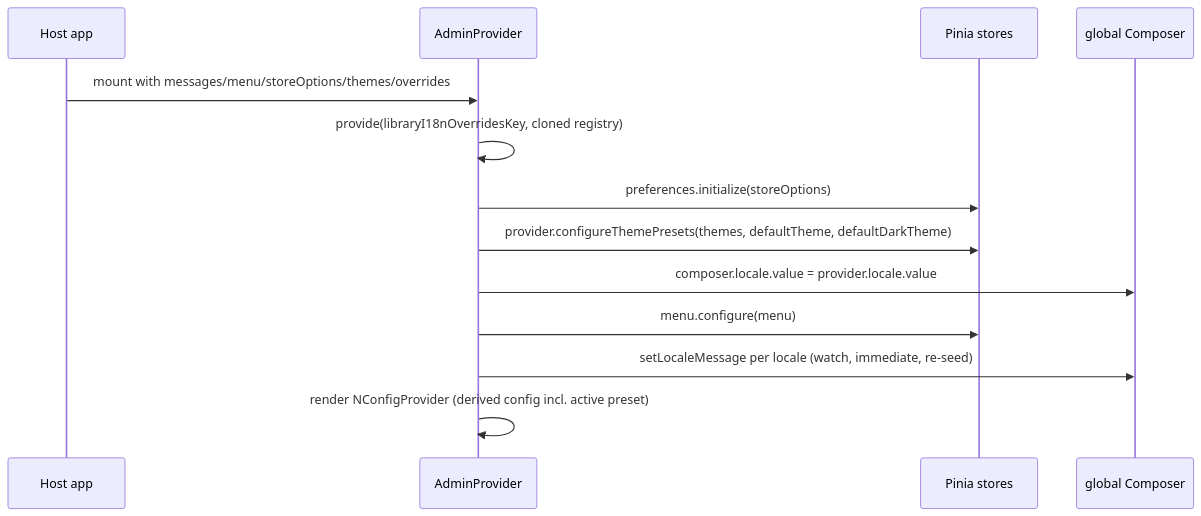
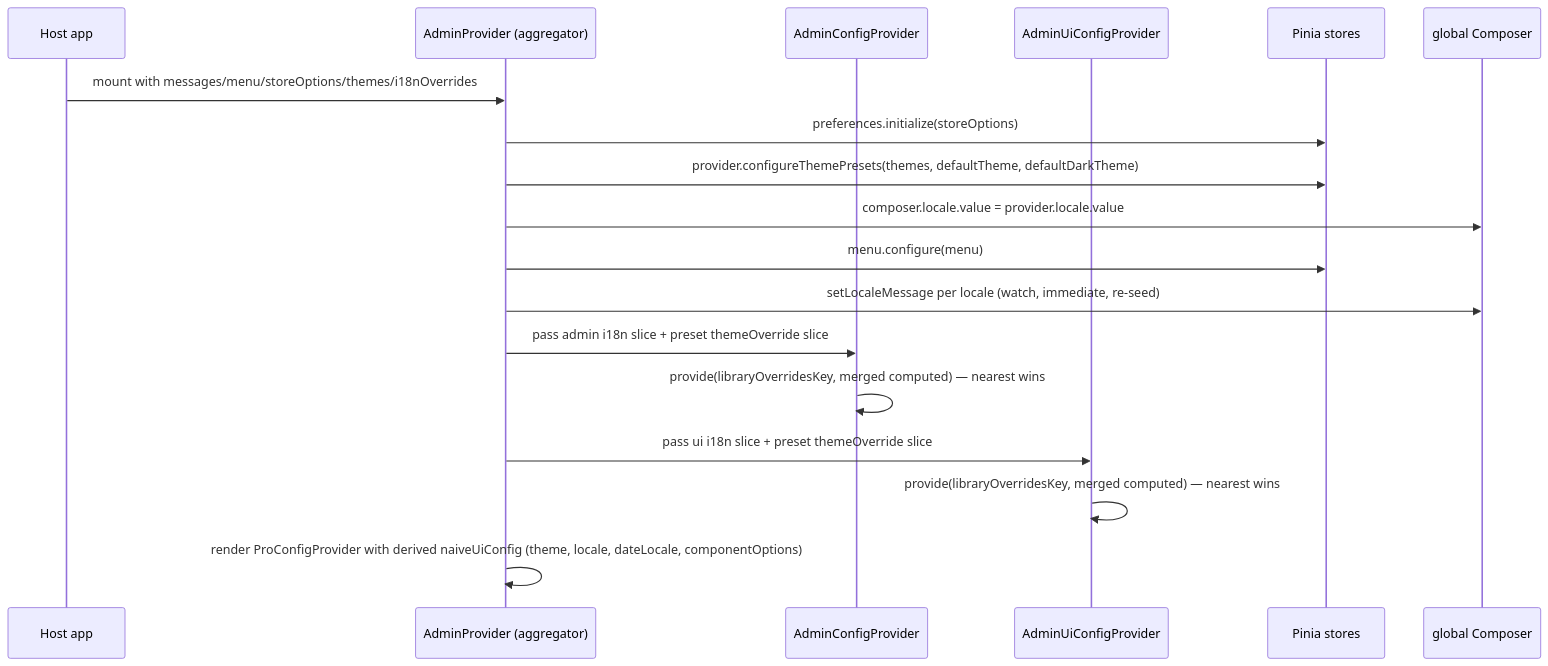
One commit to hechang27-sprt/noob-components-v2 changed the diagram in openwiki/packages/admin/provider.md. Above: the diagram before and after it, drawn with Mermaid. The commit also changed other lines of this file and 14 other files, not shown here.

````diff
--- a/openwiki/packages/admin/provider.md
+++ b/openwiki/packages/admin/provider.md
@@ -52,15 +69,20 @@
 ```mermaid
 sequenceDiagram
     participant H as Host app
-    participant P as AdminProvider
+    participant P as AdminProvider (aggregator)
+    participant C as AdminConfigProvider
+    participant U as AdminUiConfigProvider
     participant S as Pinia stores
-    participant C as global Composer
-    H->>P: mount with messages/menu/storeOptions/themes/overrides
-    P->>P: provide(libraryI18nOverridesKey, cloned registry)
+    participant G as global Composer
+    H->>P: mount with messages/menu/storeOptions/themes/i18nOverrides
     P->>S: preferences.initialize(storeOptions)
     P->>S: provider.configureThemePresets(themes, defaultTheme, defaultDarkTheme)
-    P->>C: composer.locale.value = provider.locale.value
+    P->>G: composer.locale.value = provider.locale.value
     P->>S: menu.configure(menu)
-    P->>C: setLocaleMessage per locale (watch, immediate, re-seed)
-    P->>P: render NConfigProvider (derived config incl. active preset)
+    P->>G: setLocaleMessage per locale (watch, immediate, re-seed)
+    P->>C: pass admin i18n slice + preset themeOverride slice
+    C->>C: provide(libraryOverridesKey, merged computed) — nearest wins
+    P->>U: pass ui i18n slice + preset themeOverride slice
+    U->>U: provide(libraryOverridesKey, merged computed) — nearest wins
+    P->>P: render ProConfigProvider with derived naiveUiConfig (theme, locale, dateLocale, componentOptions)
 ```
````
